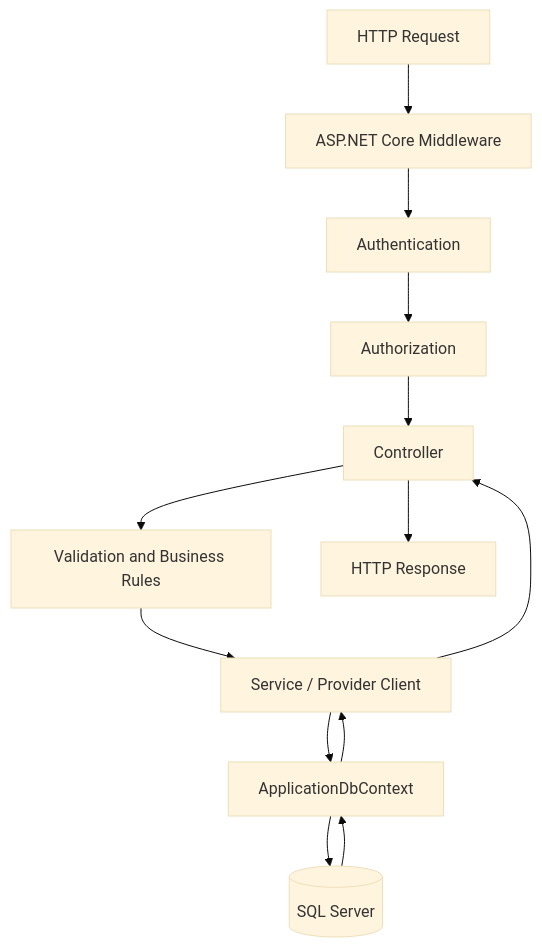
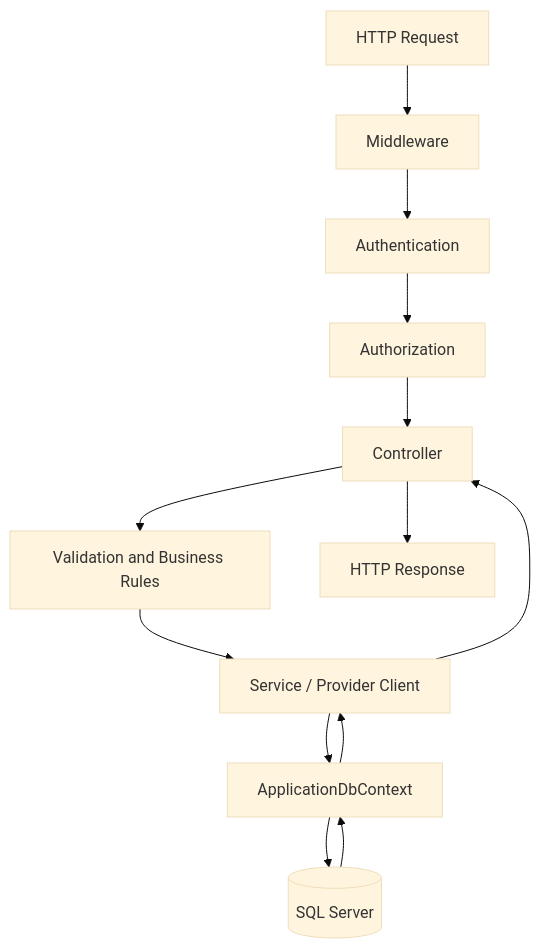
The second of 2 diagrams in docs/ARCHITECTURE.md (jaswanth5021/UbhayaFashions), drawn with Mermaid (base theme) before and after one commit. The commit also changed other lines of this file, not shown here.

````diff
--- a/docs/ARCHITECTURE.md
+++ b/docs/ARCHITECTURE.md
@@ -38,12 +41,12 @@
 ```mermaid
 flowchart TD
-    A[HTTP Request] --> B[ASP.NET Core Middleware]
-    B --> C[Authentication]
-    C --> D[Authorization]
-    D --> E[Controller]
-    E --> F[Validation and Business Rules]
-    F --> G[Service / Provider Client]
-    G --> H[ApplicationDbContext]
-    H --> I[(SQL Server)]
-    I --> H --> G --> E --> J[HTTP Response]
+ A[HTTP Request] --> B[Middleware]
+ B --> C[Authentication]
+ C --> D[Authorization]
+ D --> E[Controller]
+ E --> F[Validation and Business Rules]
+ F --> G[Service / Provider Client]
+ G --> H[ApplicationDbContext]
+ H --> I[(SQL Server)]
+ I --> H --> G --> E --> J[HTTP Response]
 ```
````
